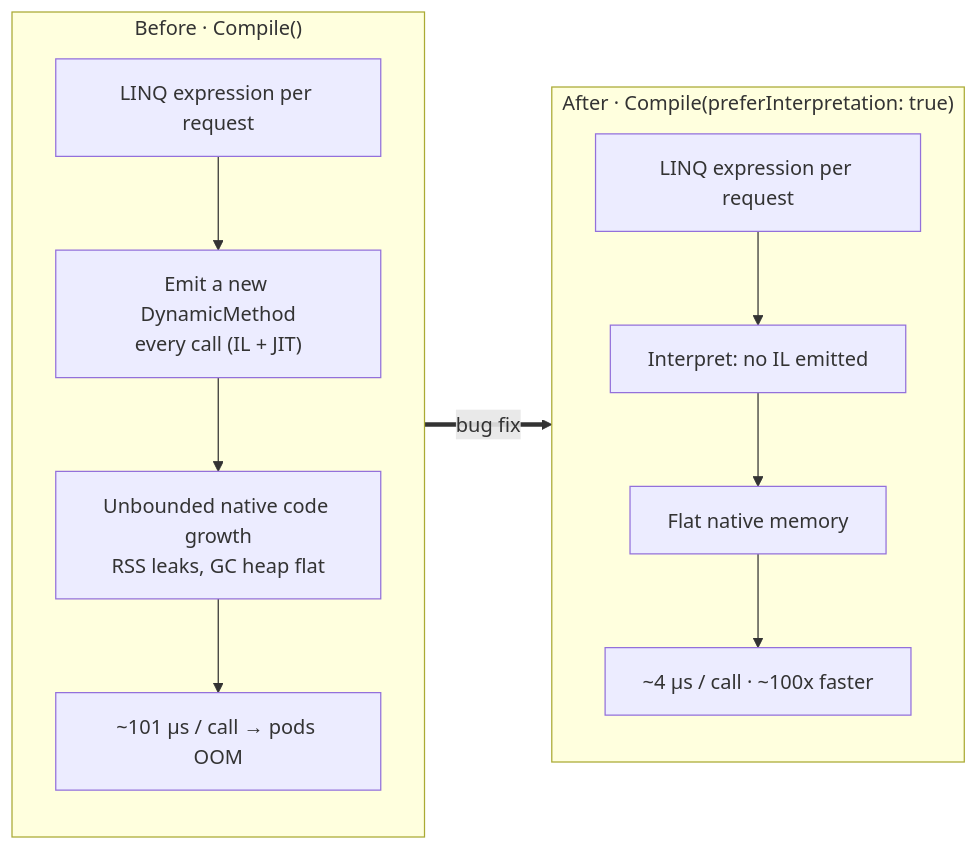
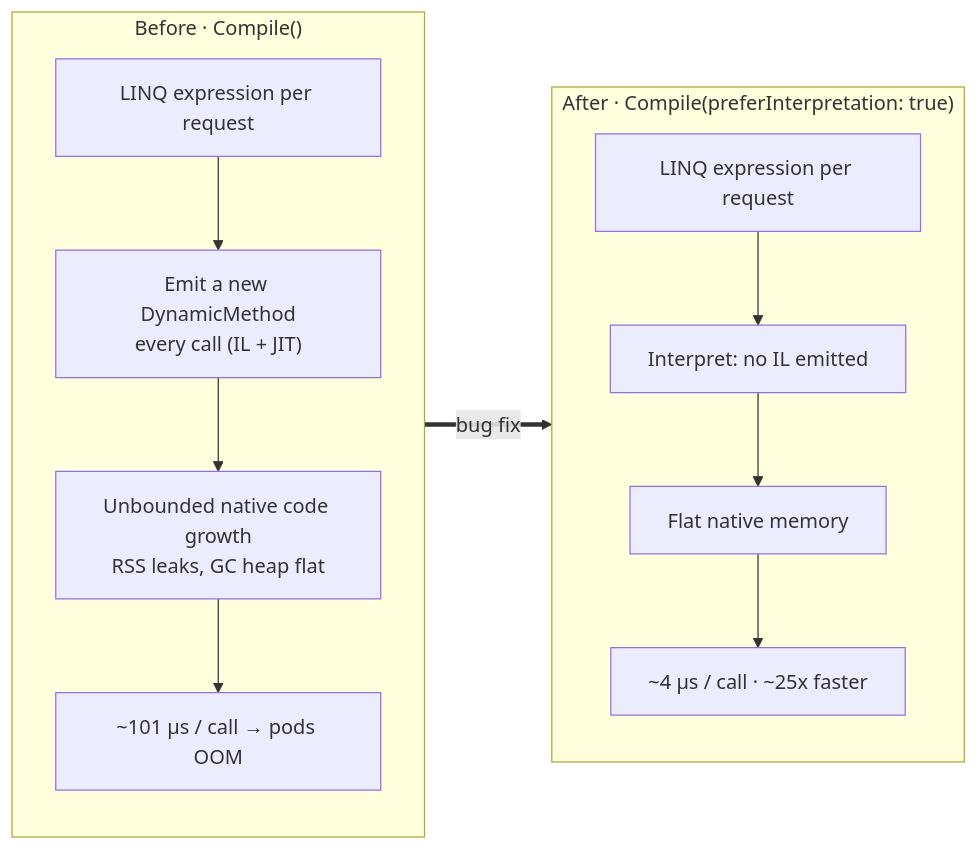
One commit to Ofekw/cv changed the sixth of 6 diagrams in posts/1m-rps.md. Above: the diagram before and after it, drawn with Mermaid. The commit also changed other lines of this file, not shown here.

Commit message:
Correct SDK fix speedup from 100x to 25x
101 microseconds to 4 microseconds per call is about 25x, not 100x. Fixes the prose and the Mermaid diagram label. The separate peak-capability '100x' claim is unchanged.

````diff
--- a/posts/1m-rps.md
+++ b/posts/1m-rps.md
@@ -202,16 +202,16 @@
 ```mermaid
 flowchart LR
   subgraph BEFORE2["Before · Compile()"]
     direction TB
     B1["LINQ expression per request"] --> B2["Emit a new DynamicMethod<br/>every call (IL + JIT)"]
     B2 --> B3["Unbounded native code growth<br/>RSS leaks, GC heap flat"]
     B3 --> B4["~101 µs / call → pods OOM"]
   end
   subgraph AFTER2["After · Compile(preferInterpretation: true)"]
     direction TB
     A1["LINQ expression per request"] --> A2["Interpret: no IL emitted"]
     A2 --> A3["Flat native memory"]
-    A3 --> A4["~4 µs / call · ~100x faster"]
+    A3 --> A4["~4 µs / call · ~25x faster"]
   end
   BEFORE2 ==>|"bug fix"| AFTER2
 ```
````
